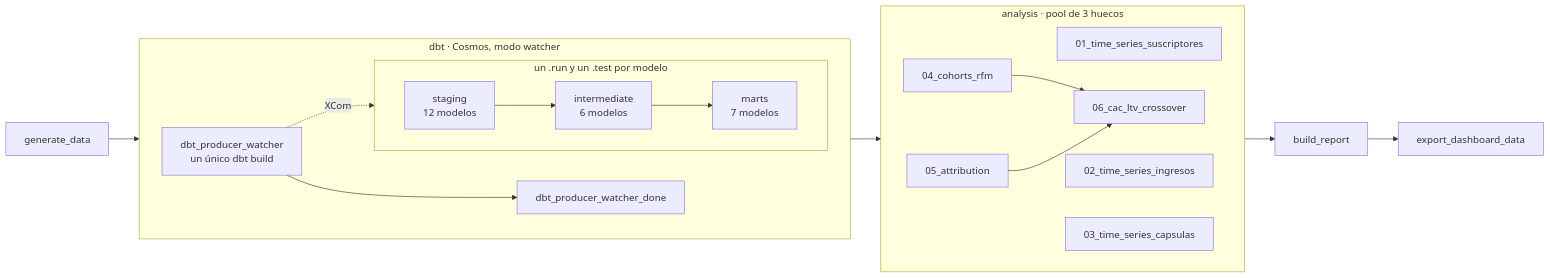
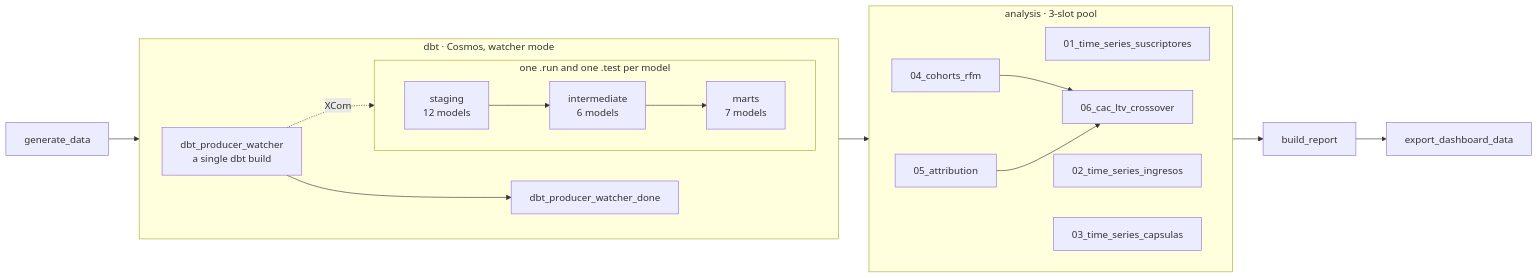
The second of 2 diagrams in README.md (DiegoPrieto23/capsule-club-analytics), drawn with Mermaid before and after one commit. The commit also changed other lines of this file, not shown here.

````diff
--- a/README.md
+++ b/README.md
@@ -319,30 +325,30 @@
 ```mermaid
 flowchart LR
     gen[generate_data]
 
-    subgraph dbt["dbt · Cosmos, modo watcher"]
+    subgraph dbt["dbt · Cosmos, watcher mode"]
         direction LR
-        prod["dbt_producer_watcher<br/>un único dbt build"]
-        subgraph capas["un .run y un .test por modelo"]
+        prod["dbt_producer_watcher<br/>a single dbt build"]
+        subgraph capas["one .run and one .test per model"]
             direction LR
-            stg["staging<br/>12 modelos"] --> int["intermediate<br/>6 modelos"] --> mart["marts<br/>7 modelos"]
+            stg["staging<br/>12 models"] --> int["intermediate<br/>6 models"] --> mart["marts<br/>7 models"]
         end
         done[dbt_producer_watcher_done]
         prod -. XCom .-> capas
         prod --> done
     end
 
-    subgraph analysis["analysis · pool de 3 huecos"]
+    subgraph analysis["analysis · 3-slot pool"]
         direction LR
         n01[01_time_series_suscriptores]
         n02[02_time_series_ingresos]
         n03[03_time_series_capsulas]
         n04[04_cohorts_rfm]
         n05[05_attribution]
         n06[06_cac_ltv_crossover]
         n04 --> n06
         n05 --> n06
     end
 
     gen --> dbt --> analysis --> rep[build_report] --> exp[export_dashboard_data]
 ```
````
